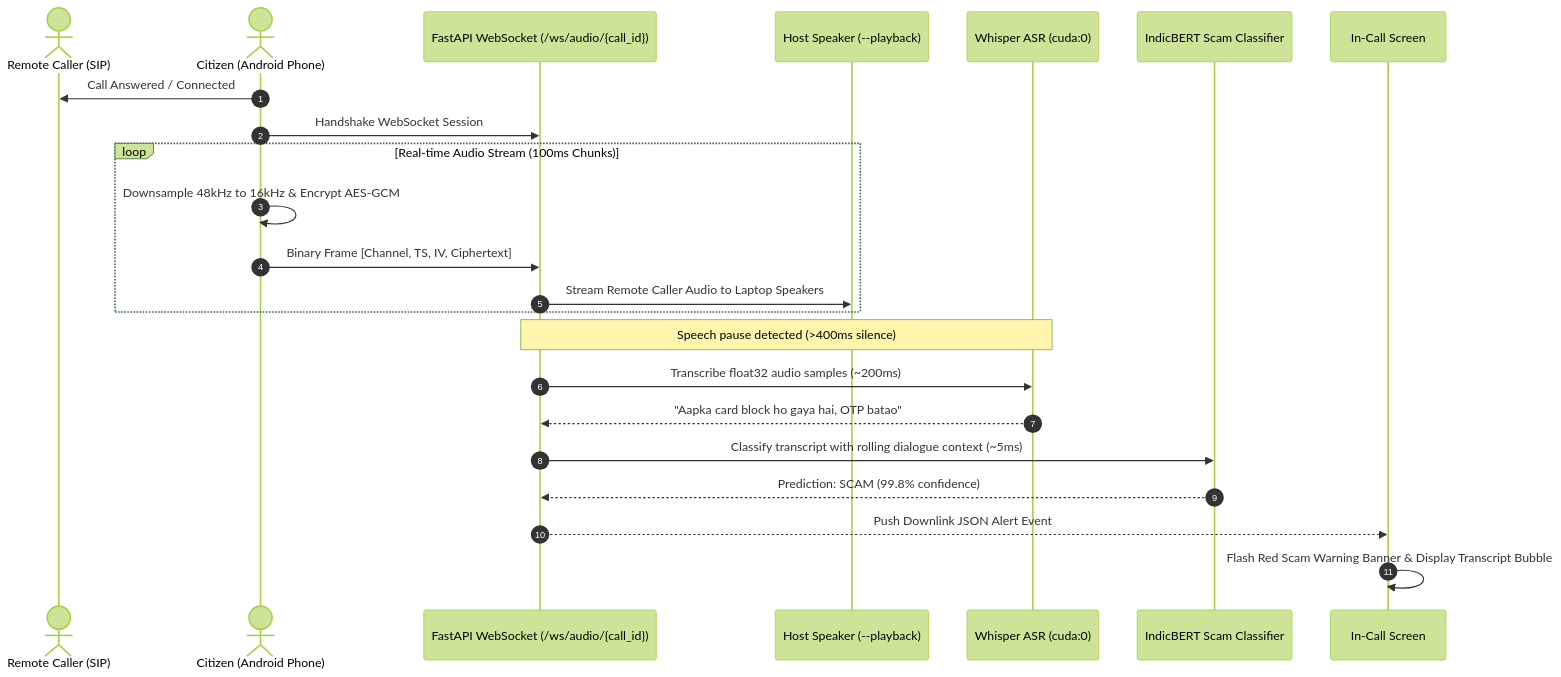
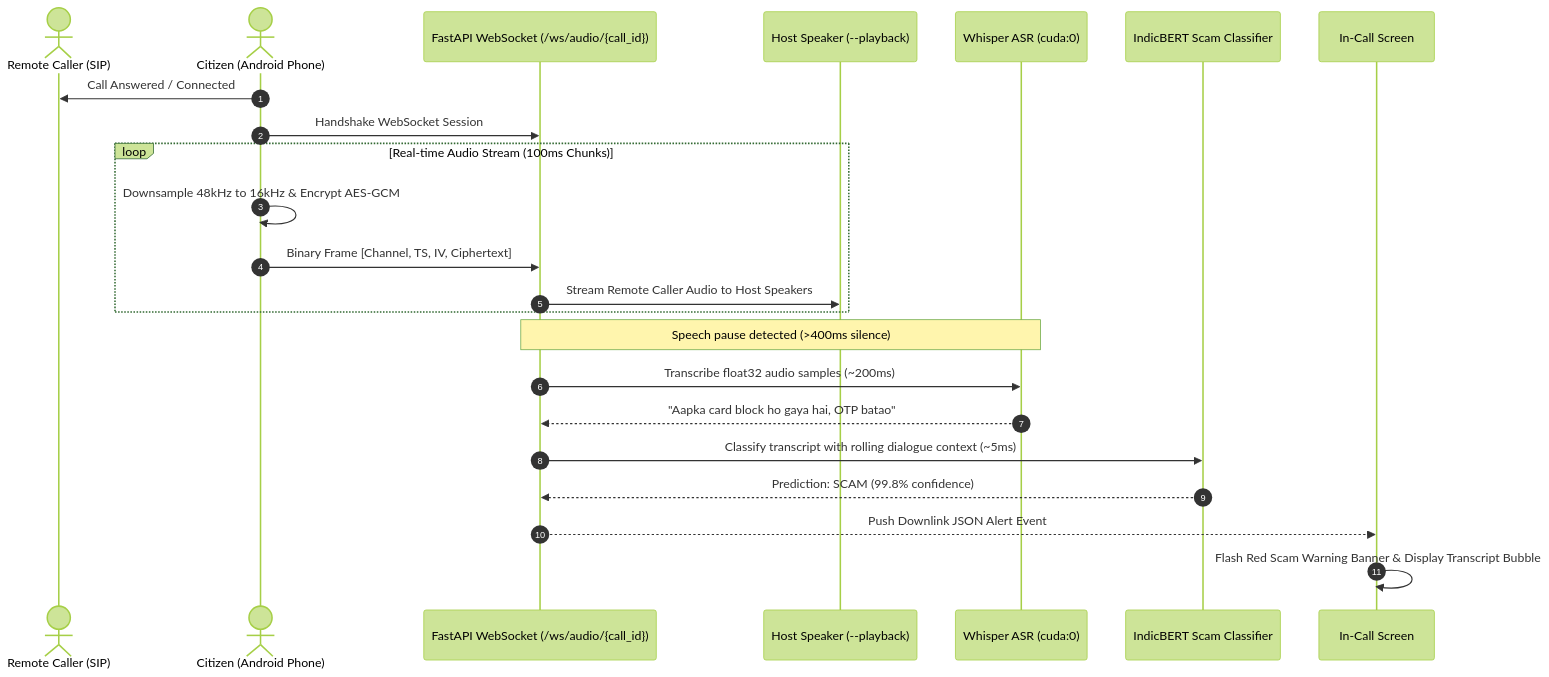
Before and after one commit to pradness/SatarkAI: the second of 2 diagrams in README.md, drawn with Mermaid (forest theme). The commit also changed other lines of this file and 3 other files, not shown here.

````diff
--- a/README.md
+++ b/README.md
@@ -79,27 +79,27 @@
 ```mermaid
 sequenceDiagram
     autonumber
     actor Caller as Remote Caller (SIP)
     actor User as Citizen (Android Phone)
     participant WS as FastAPI WebSocket (/ws/audio/{call_id})
     participant Playback as Host Speaker (--playback)
     participant Whisper as Whisper ASR (cuda:0)
     participant IndicBERT as IndicBERT Scam Classifier
     participant UI as In-Call Screen
 
     User->>Caller: Call Answered / Connected
     User->>WS: Handshake WebSocket Session
     loop Real-time Audio Stream (100ms Chunks)
         User->>User: Downsample 48kHz to 16kHz & Encrypt AES-GCM
         User->>WS: Binary Frame [Channel, TS, IV, Ciphertext]
-        WS->>Playback: Stream Remote Caller Audio to Laptop Speakers
+        WS->>Playback: Stream Remote Caller Audio to Host Speakers
     end
 
     Note over WS,Whisper: Speech pause detected (>400ms silence)
     WS->>Whisper: Transcribe float32 audio samples (~200ms)
     Whisper-->>WS: "Aapka card block ho gaya hai, OTP batao"
     WS->>IndicBERT: Classify transcript with rolling dialogue context (~5ms)
     IndicBERT-->>WS: Prediction: SCAM (99.8% confidence)
     WS-->>UI: Push Downlink JSON Alert Event
     UI->>UI: Flash Red Scam Warning Banner & Display Transcript Bubble
 ```
````
